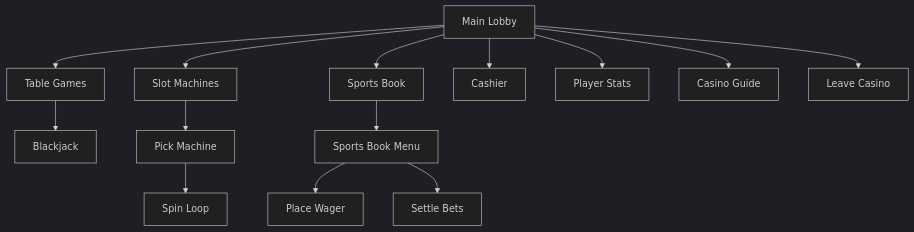
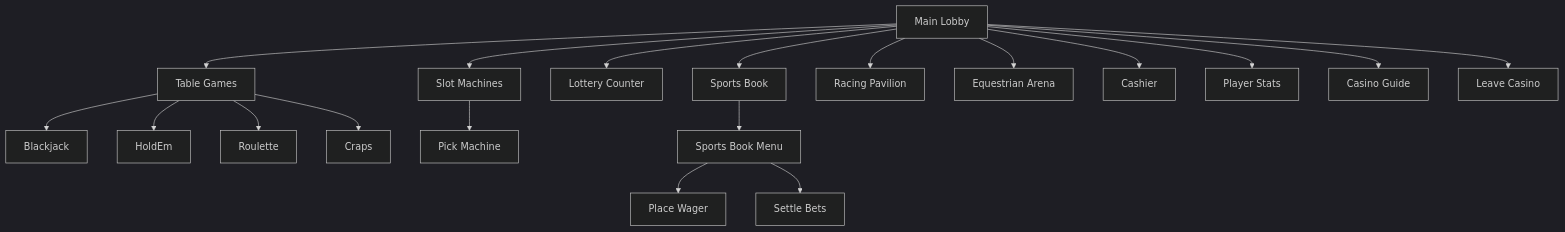
Before and after one commit to Exios66/degen-llms: the diagram in docs/player-guide.md, drawn with Mermaid (dark theme). The commit also changed other lines of this file and 34 other files, not shown here.

````diff
--- a/docs/player-guide.md
+++ b/docs/player-guide.md
@@ -9,18 +9,23 @@
 ```mermaid
 flowchart TD
     lobby[Main Lobby]
     lobby --> tableGames[Table Games]
     lobby --> slots[Slot Machines]
+    lobby --> lottery[Lottery Counter]
     lobby --> sports[Sports Book]
+    lobby --> racing[Racing Pavilion]
+    lobby --> equestrian[Equestrian Arena]
     lobby --> cashier[Cashier]
     lobby --> stats[Player Stats]
     lobby --> guide[Casino Guide]
     lobby --> exit[Leave Casino]
 
     tableGames --> blackjack[Blackjack]
+    tableGames --> holdem[HoldEm]
+    tableGames --> roulette[Roulette]
+    tableGames --> craps[Craps]
     slots --> machinePick[Pick Machine]
-    machinePick --> spinLoop[Spin Loop]
     sports --> bookMenu[Sports Book Menu]
     bookMenu --> wager[Place Wager]
     bookMenu --> settle[Settle Bets]
 ```
````
